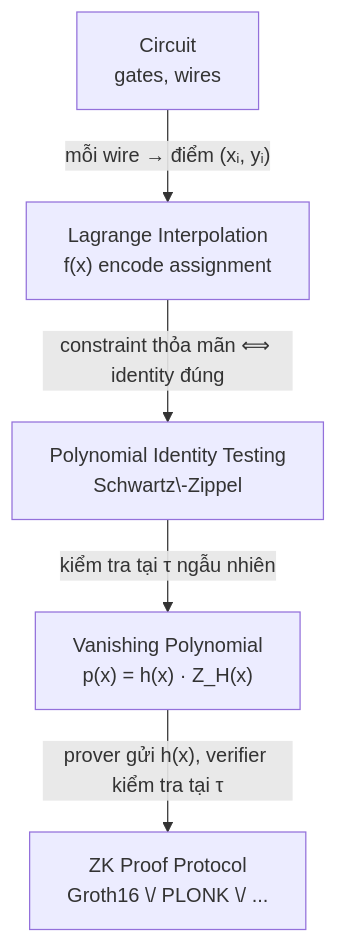
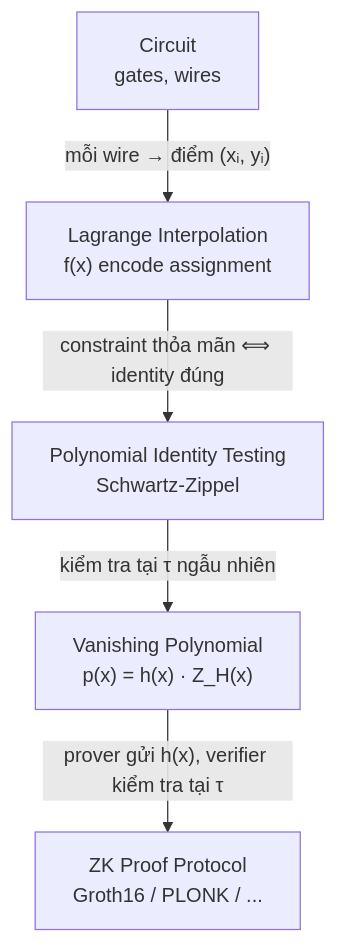
One commit to nhatminh65537/kitsu-quartz changed the third of 3 diagrams in content/zkverify-series/arithmetic-circuits/02-polynomials-over-finite-fields.md. Above: the diagram before and after it, drawn with Mermaid. The commit also changed 127 other files, not shown here.

````diff
--- a/content/zkverify-series/arithmetic-circuits/02-polynomials-over-finite-fields.md
+++ b/content/zkverify-series/arithmetic-circuits/02-polynomials-over-finite-fields.md
@@ -350,7 +350,7 @@
 ```mermaid
 flowchart TD
     A["Circuit<br>gates, wires"] -->|"mỗi wire → điểm (xᵢ, yᵢ)"| B["Lagrange Interpolation<br>f(x) encode assignment"]
-    B -->|"constraint thỏa mãn ⟺ identity đúng"| C["Polynomial Identity Testing<br>Schwartz\-Zippel"]
+    B -->|"constraint thỏa mãn ⟺ identity đúng"| C["Polynomial Identity Testing<br>Schwartz-Zippel"]
     C -->|"kiểm tra tại τ ngẫu nhiên"| D["Vanishing Polynomial<br>p(x) = h(x) · Z_H(x)"]
-    D -->|"prover gửi h(x), verifier kiểm tra tại τ"| E["ZK Proof Protocol<br>Groth16 \/ PLONK \/ ..."]
+    D -->|"prover gửi h(x), verifier kiểm tra tại τ"| E["ZK Proof Protocol<br>Groth16 / PLONK / ..."]
 ```
````
